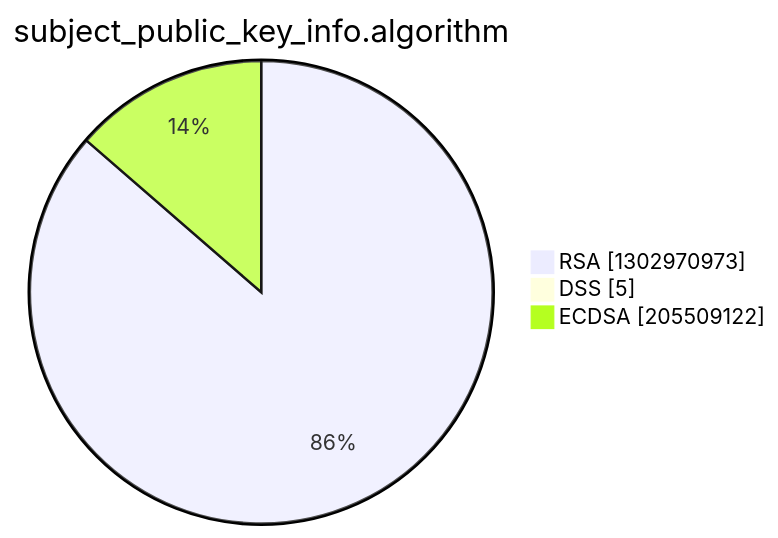
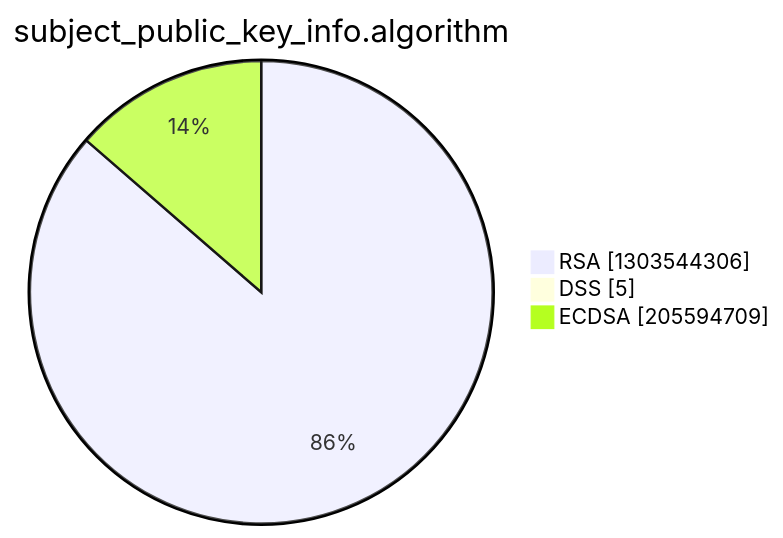
Before and after one commit to christiankrug/ctmonitor_visualization: the third of 15 diagrams in argon2022/README.md, drawn with Mermaid. The commit also changed other lines of this file, not shown here.

````diff
--- a/argon2022/README.md
+++ b/argon2022/README.md
@@ -14,7 +14,7 @@
 ```mermaid
 pie showData
 title subject_public_key_info.algorithm
-"RSA" :1302970973
+"RSA" :1303544306
 "DSS" :5
-"ECDSA" :205509122
+"ECDSA" :205594709
 ```
````
